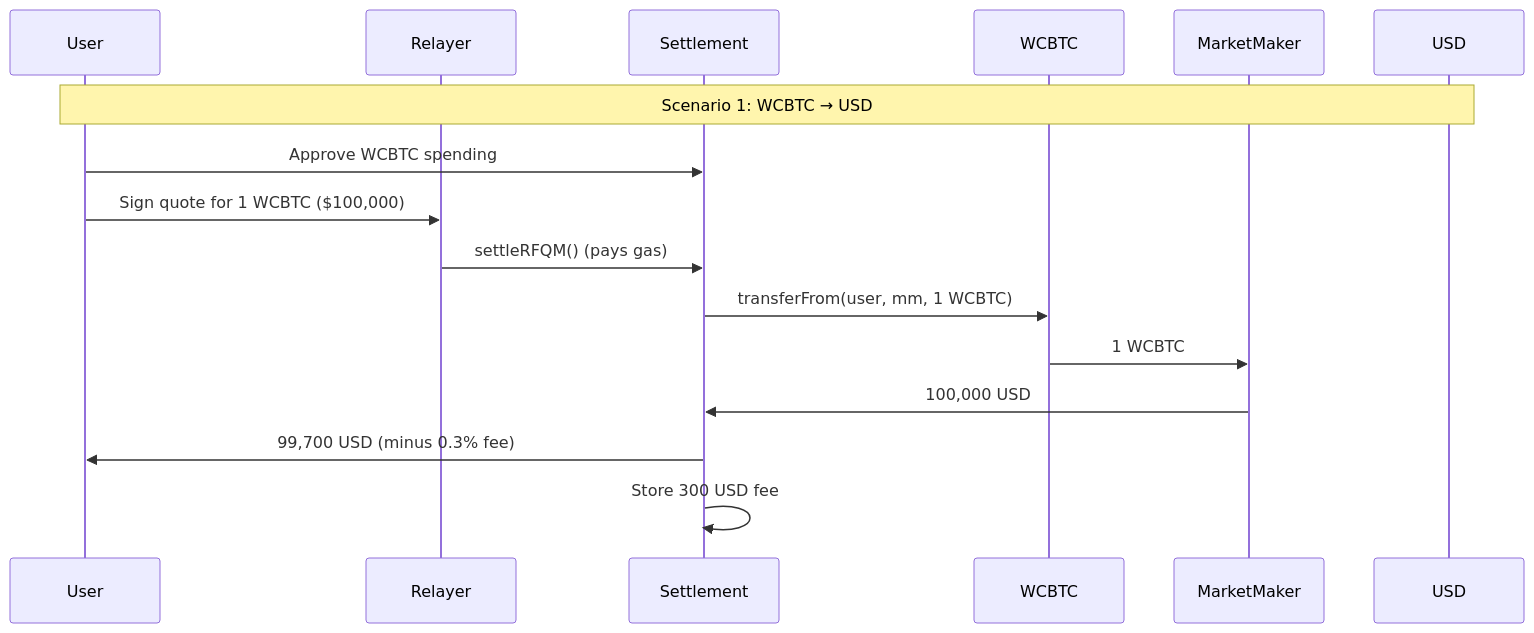
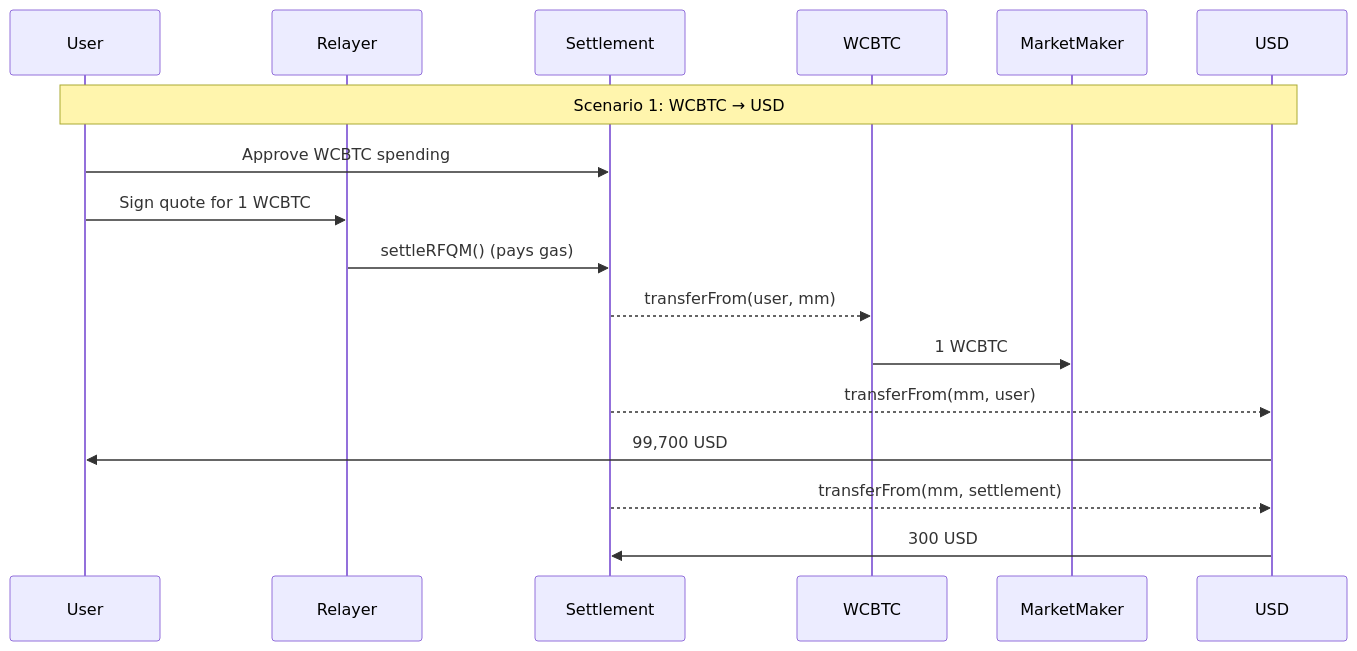
One commit to crest-bitcoin/docs changed the second of 4 diagrams in trading/rfqm.mdx. Above: the diagram before and after it, drawn with Mermaid. The commit also changed other lines of this file and 2 other files, not shown here.

````diff
--- a/trading/rfqm.mdx
+++ b/trading/rfqm.mdx
@@ -65,19 +65,20 @@
 ```mermaid
 sequenceDiagram
     participant User
     participant Relayer
     participant Settlement
     participant WCBTC
     participant MarketMaker
     participant USD
 
     Note over User,USD: Scenario 1: WCBTC → USD
     User->>Settlement: Approve WCBTC spending
-    User->>Relayer: Sign quote for 1 WCBTC ($100,000)
+    User->>Relayer: Sign quote for 1 WCBTC
     Relayer->>Settlement: settleRFQM() (pays gas)
-    Settlement->>WCBTC: transferFrom(user, mm, 1 WCBTC)
+    Settlement-->>WCBTC: transferFrom(user, mm)
     WCBTC->>MarketMaker: 1 WCBTC
-    MarketMaker->>Settlement: 100,000 USD
-    Settlement->>User: 99,700 USD (minus 0.3% fee)
-    Settlement->>Settlement: Store 300 USD fee
+    Settlement-->>USD: transferFrom(mm, user)
+    USD->>User: 99,700 USD
+    Settlement-->>USD: transferFrom(mm, settlement)
+    USD->>Settlement: 300 USD
 ```
````
